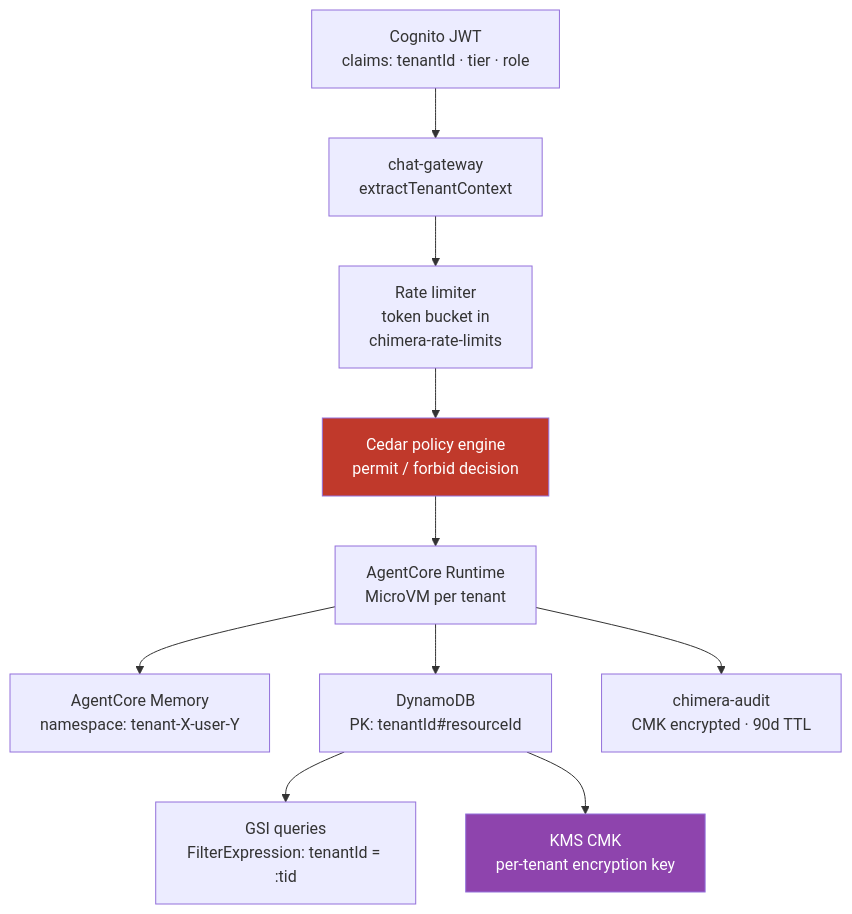
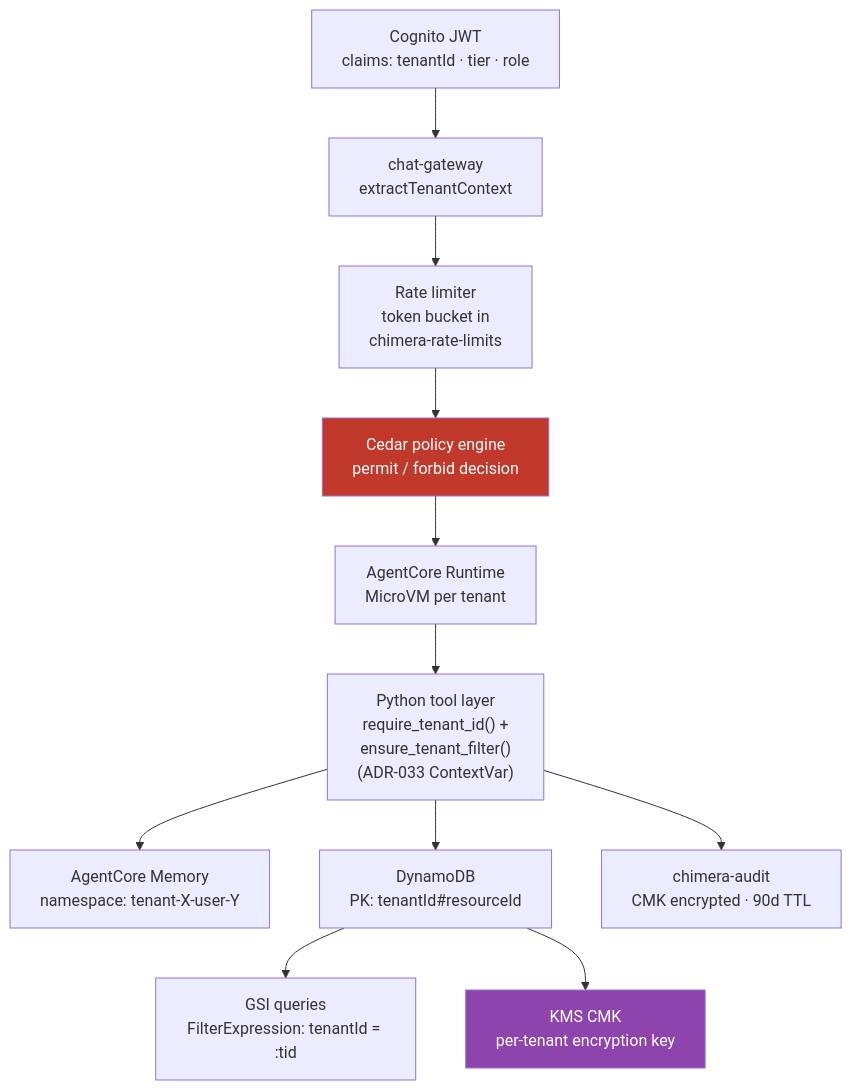
The seventh of 10 diagrams in docs/architecture/system-architecture.md (Codeseys-Labs/chimera), drawn with Mermaid before and after one commit. The commit also changed other lines of this file and 46 other files, not shown here.

````diff
--- a/docs/architecture/system-architecture.md
+++ b/docs/architecture/system-architecture.md
@@ -279,26 +297,28 @@
 ```mermaid
 flowchart TD
     JWT["Cognito JWT<br/>claims: tenantId · tier · role"]
     GW["chat-gateway<br/>extractTenantContext"]
     RATE["Rate limiter<br/>token bucket in<br/>chimera-rate-limits"]
     CEDAR["Cedar policy engine<br/>permit / forbid decision"]
     AGENT["AgentCore Runtime<br/>MicroVM per tenant"]
+    PYTOOL["Python tool layer<br/>require_tenant_id() +<br/>ensure_tenant_filter()<br/>(ADR-033 ContextVar)"]
     MEM["AgentCore Memory<br/>namespace: tenant-X-user-Y"]
     DDB["DynamoDB<br/>PK: tenantId#resourceId"]
     GSI["GSI queries<br/>FilterExpression: tenantId = :tid"]
     KMS["KMS CMK<br/>per-tenant encryption key"]
     AUDIT["chimera-audit<br/>CMK encrypted · 90d TTL"]
 
     JWT --> GW
     GW --> RATE
     RATE --> CEDAR
     CEDAR --> AGENT
-    AGENT --> MEM
-    AGENT --> DDB
+    AGENT --> PYTOOL
+    PYTOOL --> MEM
+    PYTOOL --> DDB
     DDB --> GSI
     DDB --> KMS
-    AGENT --> AUDIT
+    PYTOOL --> AUDIT
 
     style CEDAR fill:#c0392b,color:#fff
     style KMS fill:#8e44ad,color:#fff
 ```
````
